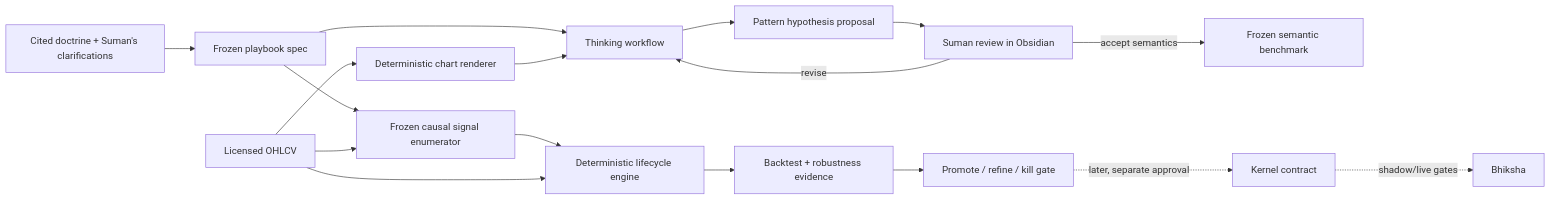
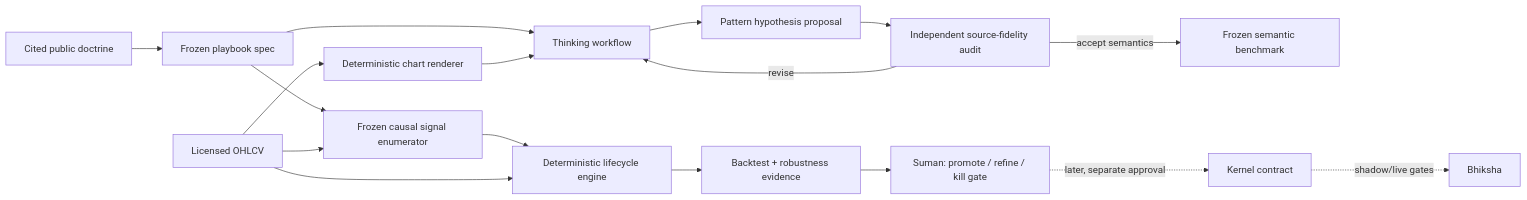
The diagram in docs/CLASSICAL_PATTERN_LAB_PRD.md (skishore1676/mala_v2), drawn with Mermaid before and after one commit. The commit also changed other lines of this file and 6 other files, not shown here.

````diff
--- a/docs/CLASSICAL_PATTERN_LAB_PRD.md
+++ b/docs/CLASSICAL_PATTERN_LAB_PRD.md
@@ -184,19 +188,19 @@
 ```mermaid
 flowchart LR
-    S["Cited doctrine + Suman's clarifications"] --> F["Frozen playbook spec"]
+    S["Cited public doctrine"] --> F["Frozen playbook spec"]
     D["Licensed OHLCV"] --> R["Deterministic chart renderer"]
     F --> A["Thinking workflow"]
     R --> A
     A --> H["Pattern hypothesis proposal"]
-    H --> V["Suman review in Obsidian"]
+    H --> V["Independent source-fidelity audit"]
     V -->|revise| A
     V -->|accept semantics| Z["Frozen semantic benchmark"]
     F --> Q["Frozen causal signal enumerator"]
     D --> Q
     Q --> E["Deterministic lifecycle engine"]
     D --> E
     E --> B["Backtest + robustness evidence"]
-    B --> G["Promote / refine / kill gate"]
+    B --> G["Suman: promote / refine / kill gate"]
     G -. later, separate approval .-> K["Kernel contract"]
     K -. shadow/live gates .-> X["Bhiksha"]
 ```
````
